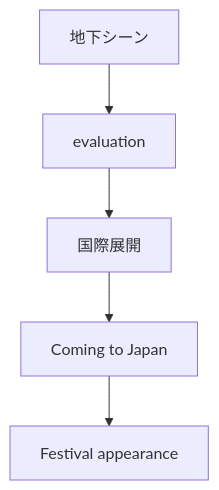
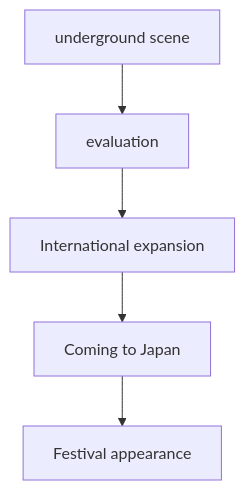
Before and after one commit to monumental-movement/monumental-movement.github.io: the sixth of 7 diagrams in en/_posts/2026-04-11-column-angine-de-poitrine.md, drawn with Mermaid. The commit also changed other lines of this file and 497 other files, not shown here.

```diff
--- a/en/_posts/2026-04-11-column-angine-de-poitrine.md
+++ b/en/_posts/2026-04-11-column-angine-de-poitrine.md
@@ -173,7 +173,7 @@
 <div class="mermaid">
 flowchart TD
-A[地下シーン] --> B[evaluation]
-B --> C[国際展開]
+A[underground scene] --> B[evaluation]
+B --> C[International expansion]
 C --> D[Coming to Japan]
 D --> E[Festival appearance]
 </div>
```
